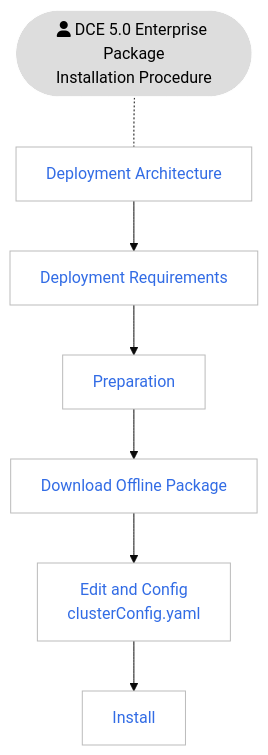
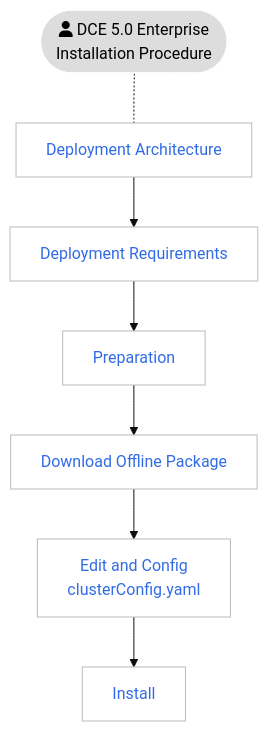
Before and after one commit to DaoCloud/DaoCloud-docs: the second of 2 diagrams in docs/en/docs/install/index.md, drawn with Mermaid (base theme). The commit also changed other lines of this file and 42 other files, not shown here.

Commit message:
update product name: DCE Commuinity and DCE 5.0 Enterprise

````diff
--- a/docs/en/docs/install/index.md
+++ b/docs/en/docs/install/index.md
@@ -119,27 +119,27 @@
 ```mermaid
 flowchart TB
 
-    start([fa:fa-user DCE 5.0 Enterprise Package<br>Installation Procedure]) -.- arch[Deployment Architecture]
+    start([fa:fa-user DCE 5.0 Enterprise<br>Installation Procedure]) -.- arch[Deployment Architecture]
     arch --> deploy[Deployment Requirements]
     deploy --> prepare[Preparation]
     prepare --> download[Download Offline Package]
     download --> config[Edit and Config<br>clusterConfig.yaml]
     config --> install[Install]
 
 classDef grey fill:#dddddd,stroke:#ffffff,stroke-width:1px,color:#000000, font-size:15px;
 classDef white fill:#ffffff,stroke:#000,stroke-width:1px,color:#000,font-weight:bold
 classDef spacewhite fill:#ffffff,stroke:#fff,stroke-width:0px,color:#000
 classDef plain fill:#ddd,stroke:#fff,stroke-width:1px,color:#000;
 classDef k8s fill:#326ce5,stroke:#fff,stroke-width:1px,color:#fff;
 classDef cluster fill:#fff,stroke:#bbb,stroke-width:1px,color:#326ce5;
 
 class arch,deploy,prepare,download,config,install cluster
 class start plain
 
 click arch "https://docs.daocloud.io/en/install/commercial/deploy-arch/"
 click deploy "https://docs.daocloud.io/en/install/commercial/deploy-requirements/"
 click prepare "https://docs.daocloud.io/en/install/commercial/prepare/"
 click download "https://docs.daocloud.io/en/install/commercial/start-install/#step-1-download-offline-package"
 click config "https://docs.daocloud.io/en/install/commercial/start-install/#step-2-configure-the-cluster-configuration-file"
 click install "https://docs.daocloud.io/en/install/commercial/start-install/#step-3-start-the-installation"
 ```
````
